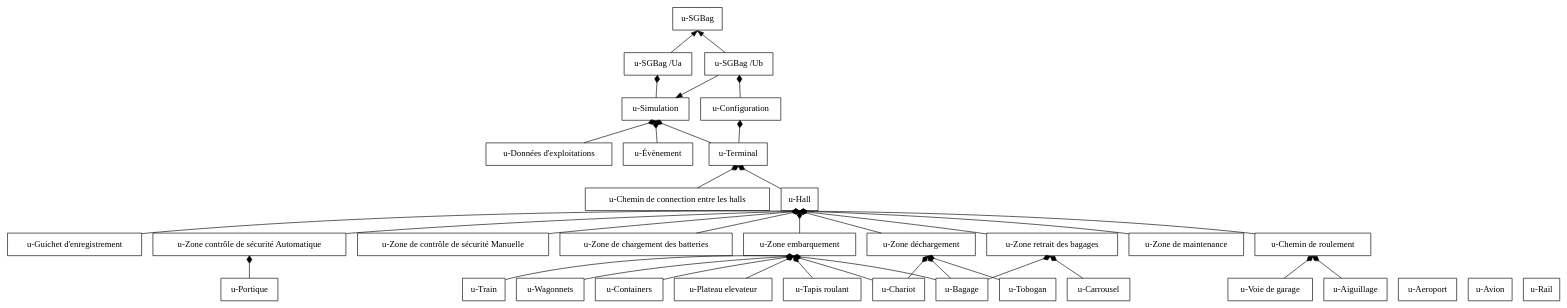
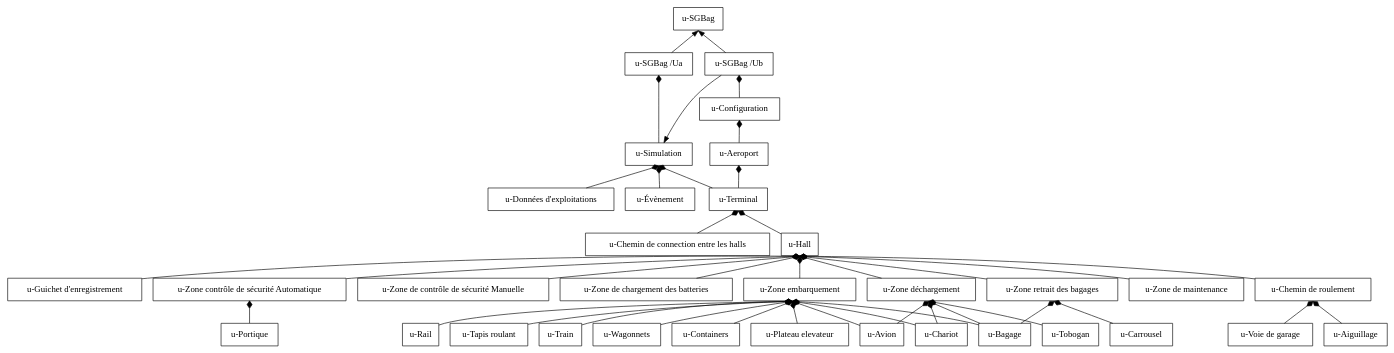
One commit to modSquad/ihm changed the diagram in MSIHM/src/img/MSIHM.dot. Above: the diagram before and after it, drawn with Graphviz. The commit also changed 1 other file, not shown here.

```diff
--- a/MSIHM/src/img/MSIHM.dot
+++ b/MSIHM/src/img/MSIHM.dot
@@ -154,7 +154,9 @@
 	Simulation -> SGBagua
 	Configuration -> SGBagub
 	
-	Terminal -> Configuration
+	Aeroport -> Configuration
+	
+	Terminal -> Aeroport
 	
 	Terminal -> Simulation
 	Évènement -> Simulation
@@ -178,14 +180,17 @@
 	garage -> Chemin_roulement
 	Aiguillage -> Chemin_roulement
 	
+	Avion -> Zone_embarquement
 	Bagage -> Zone_embarquement
 	Chariot -> Zone_embarquement
 	Tapis_roulant -> Zone_embarquement
+	Rail -> Zone_embarquement
 	Train -> Zone_embarquement
 	Wagonnets -> Zone_embarquement
 	Containers -> Zone_embarquement
 	Plateau_elevateur -> Zone_embarquement
 	
+	Avion -> Zone_déchargement
 	Bagage -> Zone_déchargement
 	Chariot -> Zone_déchargement
 	Tobogan -> Zone_déchargement
```
